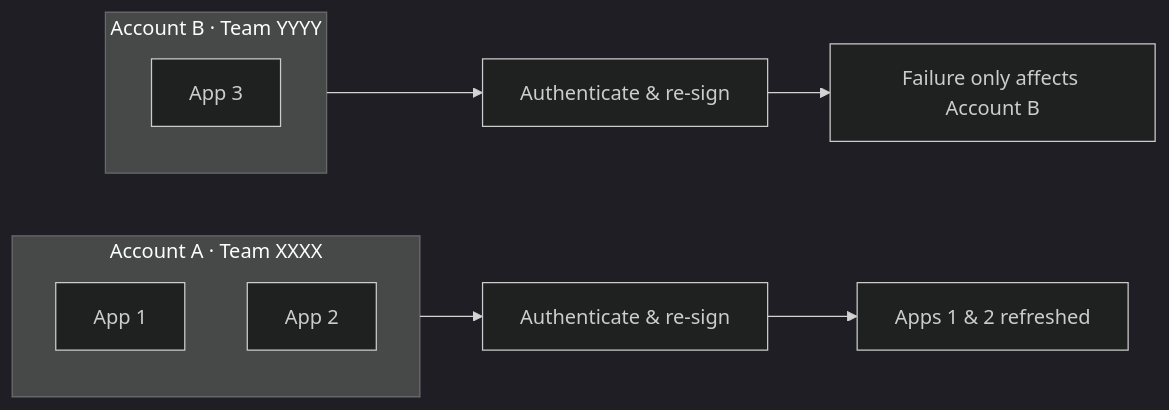
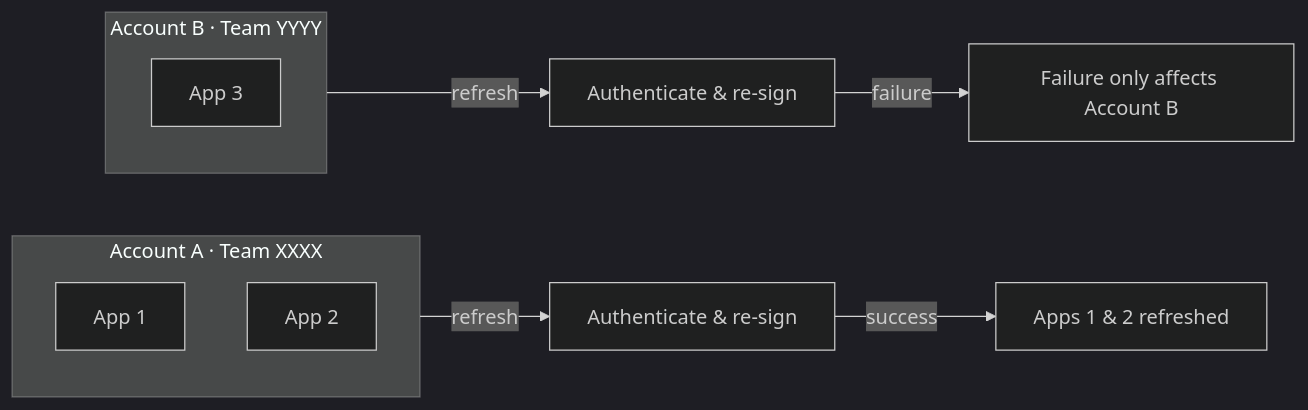
The diagram in README.md (lungustefan/MultiStore), drawn with Mermaid (dark theme) before and after one commit. The commit also changed other lines of this file, not shown here.

First line of the commit message:
docs: add Quick Start, releases-vs-artifacts note, Team ID mention, labeled diagram, remove-account FAQ

````diff
--- a/README.md
+++ b/README.md
@@ -56,14 +64,14 @@
 ```mermaid
 flowchart LR
     subgraph A["Account A · Team XXXX"]
         A1["App 1"]
         A2["App 2"]
     end
     subgraph B["Account B · Team YYYY"]
         B1["App 3"]
     end
-    A --> RA["Authenticate &amp; re-sign"]
-    B --> RB["Authenticate &amp; re-sign"]
-    RA --> OK["Apps 1 &amp; 2 refreshed"]
-    RB --> FAIL["Failure only affects Account B"]
+    A -->|refresh| RA["Authenticate &amp; re-sign"]
+    B -->|refresh| RB["Authenticate &amp; re-sign"]
+    RA -->|success| OK["Apps 1 &amp; 2 refreshed"]
+    RB -->|failure| FAIL["Failure only affects Account B"]
 ```
````
